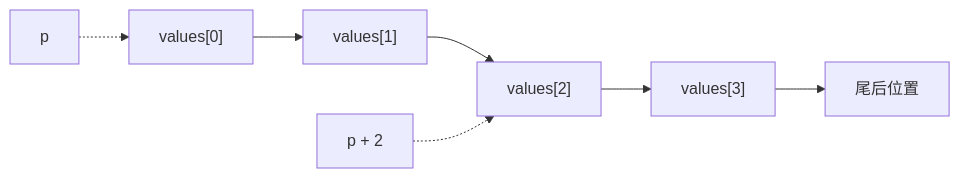
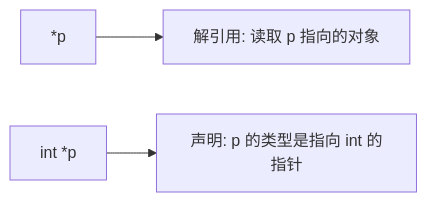
The third of 6 diagrams in C语言圣经/pointers.md (shanchuann/TheGitbookLibrary), drawn with Mermaid before and after one commit. The commit also changed other lines of this file and 4 other files, not shown here.

````diff
--- a/C语言圣经/pointers.md
+++ b/C语言圣经/pointers.md
@@ -232,6 +39,5 @@
 ```mermaid
 flowchart LR
-    A["values[0]"] --> B["values[1]"] --> C["values[2]"] --> D["values[3]"] --> E["尾后位置"]
-    P["p"] -.-> A
-    Q["p + 2"] -.-> C
+    A[*p] --> B[解引用: 读取 p 指向的对象]
+    C[int *p] --> D[声明: p 的类型是指向 int 的指针]
 ```
````
